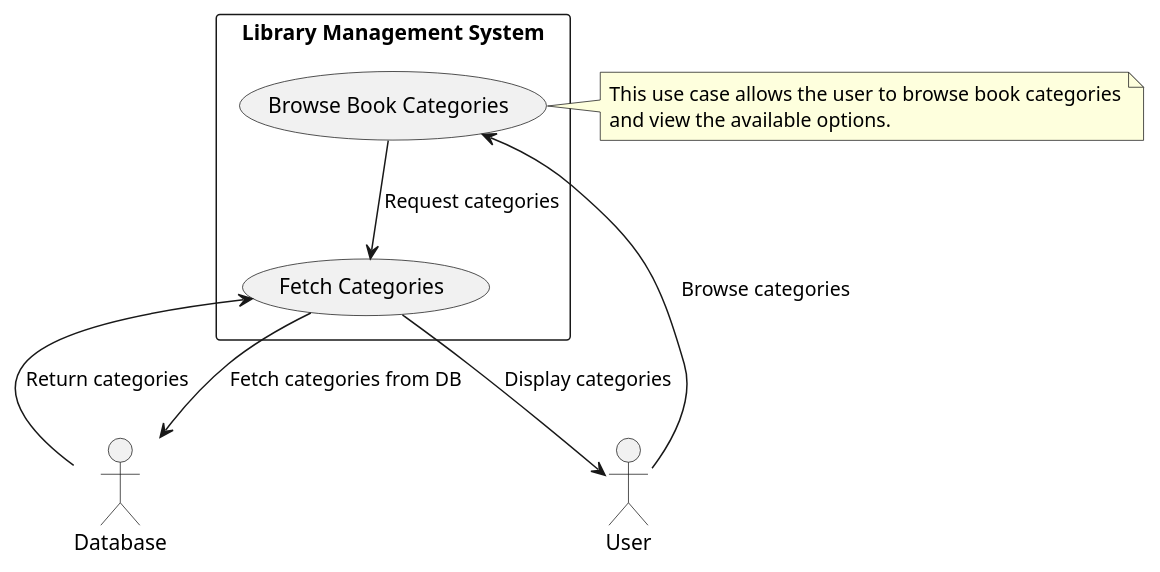
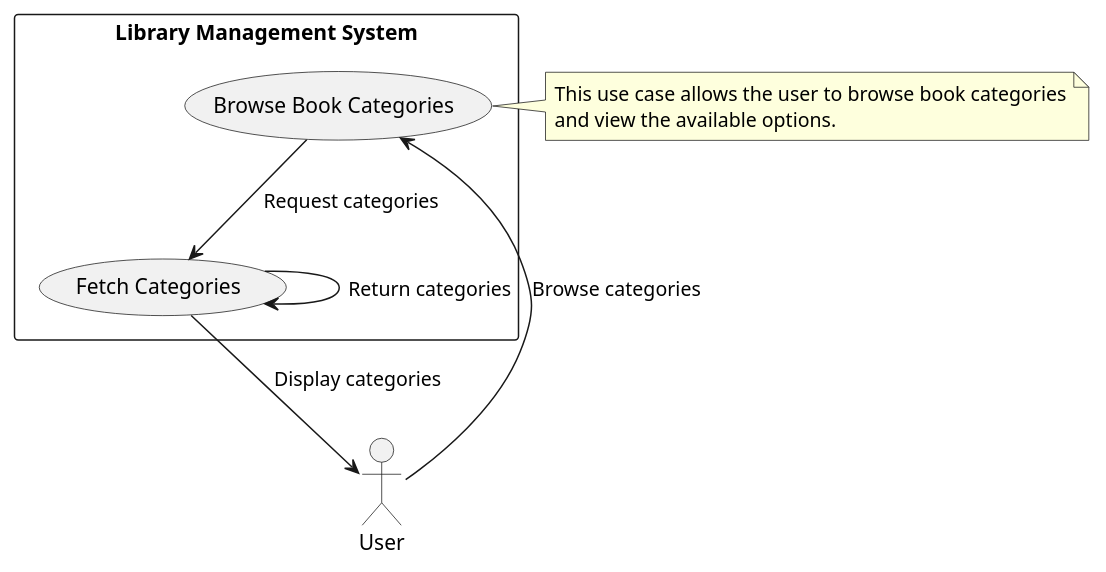
Before and after one commit to mernaahmed2020/LibraryOO: the diagram in docs/Use cases/Browse Book Categories.puml, drawn with PlantUML.

Commit message:
Update Browse Book Categories.puml

```diff
--- a/docs/Use cases/Browse Book Categories.puml
+++ b/docs/Use cases/Browse Book Categories.puml
@@ -1,23 +1,21 @@
 @startuml
 top to bottom direction
 
 actor User
-actor Database
 
 rectangle "Library Management System" {
     usecase "Browse Book Categories" as UC3
     usecase "Fetch Categories" as UC4
 }
 
 User --> UC3 : "Browse categories"
 UC3 --> UC4 : "Request categories"
-UC4 --> Database : "Fetch categories from DB"
-Database --> UC4 : "Return categories"
+UC4 --> UC4 : "Return categories"
 UC4 --> User : "Display categories"
 
 note right of UC3
 This use case allows the user to browse book categories
 and view the available options.
 end note
 
 @enduml
```
